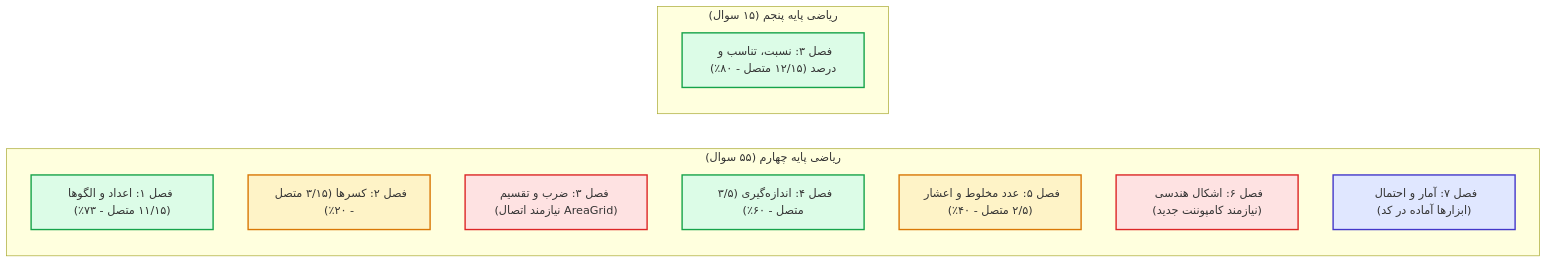
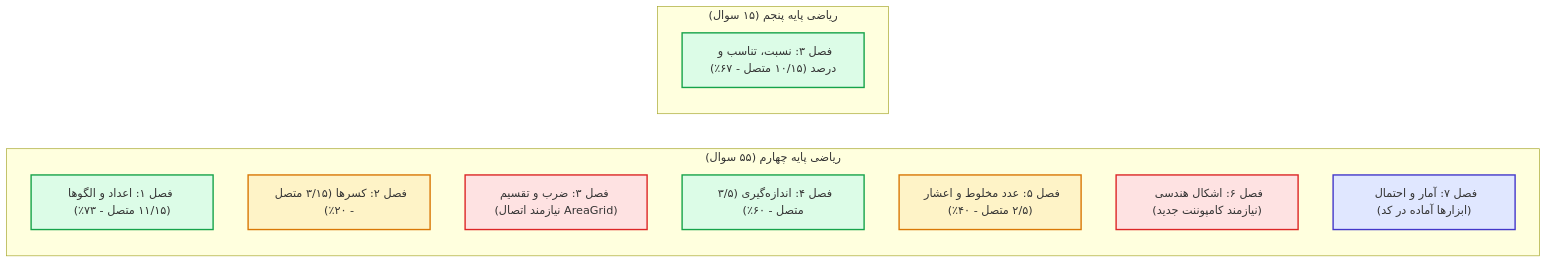
The diagram in docs/curriculum_items_tools_catalog.md (javadderoom/education), drawn with Mermaid before and after one commit. The commit also changed other lines of this file and 7 other files, not shown here.

````diff
--- a/docs/curriculum_items_tools_catalog.md
+++ b/docs/curriculum_items_tools_catalog.md
@@ -21,23 +21,23 @@
 ```mermaid
 flowchart LR
     subgraph Grade4["ریاضی پایه چهارم (۵۵ سوال)"]
         CH1["فصل ۱: اعداد و الگوها (۱۱/۱۵ متصل - ۷۳٪)"]
         CH2["فصل ۲: کسرها (۳/۱۵ متصل - ۲۰٪)"]
         CH3["فصل ۳: ضرب و تقسیم (نیازمند اتصال AreaGrid)"]
         CH4["فصل ۴: اندازه‌گیری (۳/۵ متصل - ۶۰٪)"]
         CH5["فصل ۵: عدد مخلوط و اعشار (۲/۵ متصل - ۴۰٪)"]
         CH6["فصل ۶: اشکال هندسی (نیازمند کامپوننت جدید)"]
         CH7["فصل ۷: آمار و احتمال (ابزارها آماده در کد)"]
     end
     subgraph Grade5["ریاضی پایه پنجم (۱۵ سوال)"]
-        G5CH3["فصل ۳: نسبت، تناسب و درصد (۱۲/۱۵ متصل - ۸۰٪)"]
+        G5CH3["فصل ۳: نسبت، تناسب و درصد (۱۰/۱۵ متصل - ۶۷٪)"]
     end
     style CH1 fill:#dcfce7,stroke:#16a34a,stroke-width:2px
     style G5CH3 fill:#dcfce7,stroke:#16a34a,stroke-width:2px
     style CH4 fill:#dcfce7,stroke:#16a34a,stroke-width:2px
     style CH5 fill:#fef3c7,stroke:#d97706,stroke-width:2px
     style CH2 fill:#fef3c7,stroke:#d97706,stroke-width:2px
     style CH7 fill:#e0e7ff,stroke:#4338ca,stroke-width:2px
     style CH3 fill:#fee2e2,stroke:#dc2626,stroke-width:2px
     style CH6 fill:#fee2e2,stroke:#dc2626,stroke-width:2px
 ```
````
